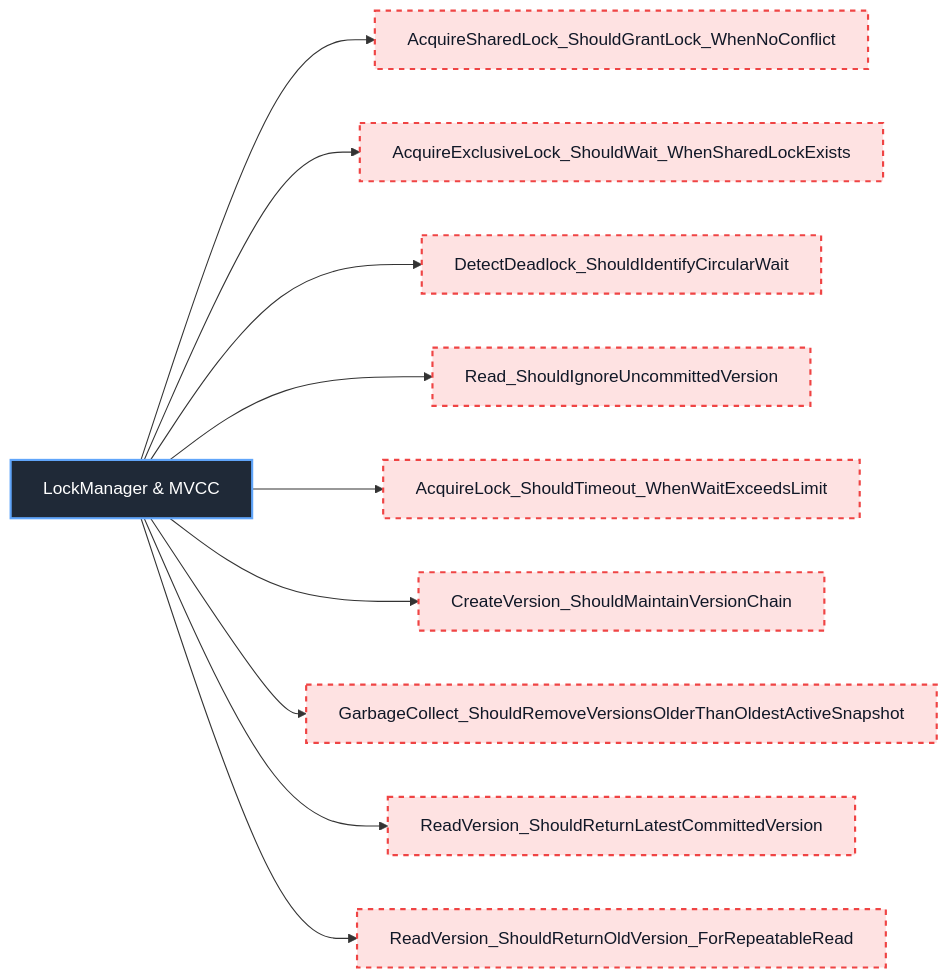
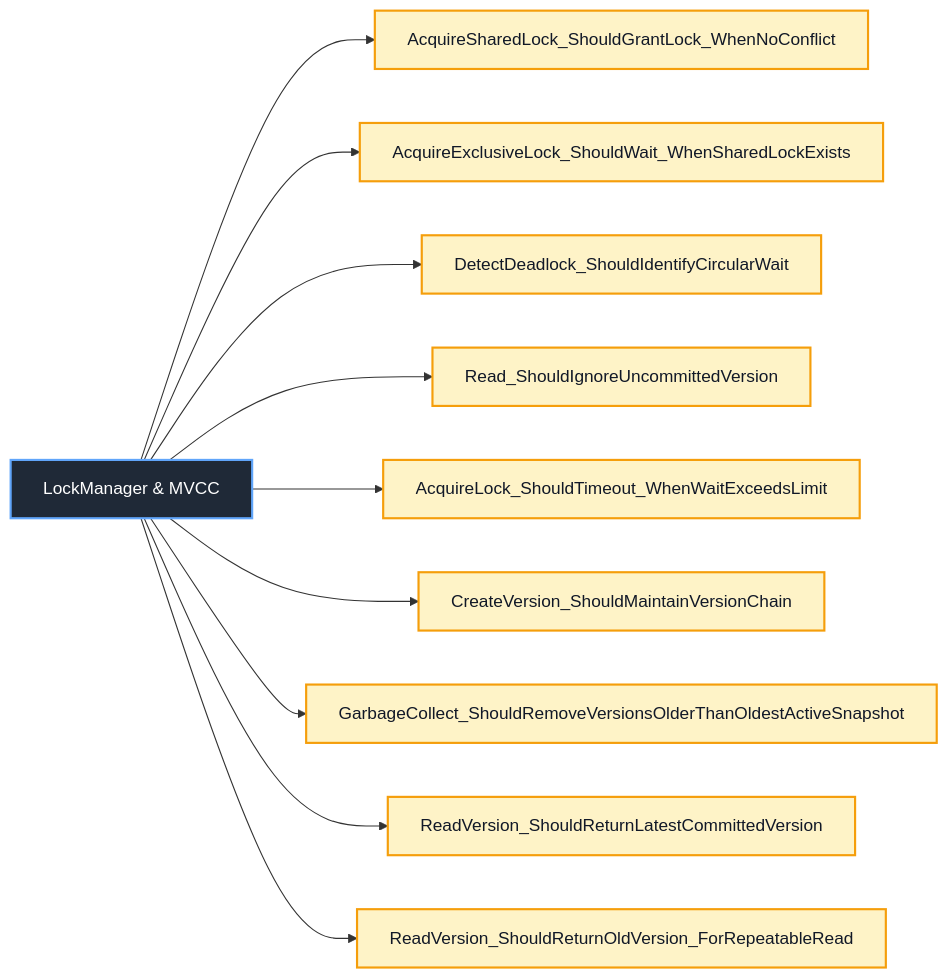
Before and after one commit to Hagiakhanh/bbv-dbms: diagram 35 of 53 in docs/sequence-diagrams/README.md, drawn with Mermaid. The commit also changed other lines of this file and 30 other files, not shown here.

````diff
--- a/docs/sequence-diagrams/README.md
+++ b/docs/sequence-diagrams/README.md
@@ -1399,21 +1400,21 @@
 ```mermaid
 flowchart LR
     ClassNode["LockManager & MVCC"]
 
     ClassNode --> LockManager___MVCC_1["AcquireSharedLock_ShouldGrantLock_WhenNoConflict"]
     ClassNode --> LockManager___MVCC_2["AcquireExclusiveLock_ShouldWait_WhenSharedLockExists"]
     ClassNode --> LockManager___MVCC_3["DetectDeadlock_ShouldIdentifyCircularWait"]
     ClassNode --> LockManager___MVCC_4["Read_ShouldIgnoreUncommittedVersion"]
     ClassNode --> LockManager___MVCC_5["AcquireLock_ShouldTimeout_WhenWaitExceedsLimit"]
     ClassNode --> LockManager___MVCC_6["CreateVersion_ShouldMaintainVersionChain"]
     ClassNode --> LockManager___MVCC_7["GarbageCollect_ShouldRemoveVersionsOlderThanOldestActiveSnapshot"]
     ClassNode --> LockManager___MVCC_8["ReadVersion_ShouldReturnLatestCommittedVersion"]
     ClassNode --> LockManager___MVCC_9["ReadVersion_ShouldReturnOldVersion_ForRepeatableRead"]
 
     classDef classNode fill:#1f2937,stroke:#60a5fa,color:#ffffff,stroke-width:2px
     classDef completedTest fill:#dcfce7,stroke:#22c55e,color:#111827,stroke-width:2px
-    classDef missingTest fill:#fee2e2,stroke:#ef4444,color:#111827,stroke-width:2px,stroke-dasharray:5 5
+    classDef redPhaseTest fill:#fef3c7,stroke:#f59e0b,color:#111827,stroke-width:2px
 
     class ClassNode classNode
-    class LockManager___MVCC_1,LockManager___MVCC_2,LockManager___MVCC_3,LockManager___MVCC_4,LockManager___MVCC_5,LockManager___MVCC_6,LockManager___MVCC_7,LockManager___MVCC_8,LockManager___MVCC_9 missingTest
+    class LockManager___MVCC_1,LockManager___MVCC_2,LockManager___MVCC_3,LockManager___MVCC_4,LockManager___MVCC_5,LockManager___MVCC_6,LockManager___MVCC_7,LockManager___MVCC_8,LockManager___MVCC_9 redPhaseTest
 ```
````
